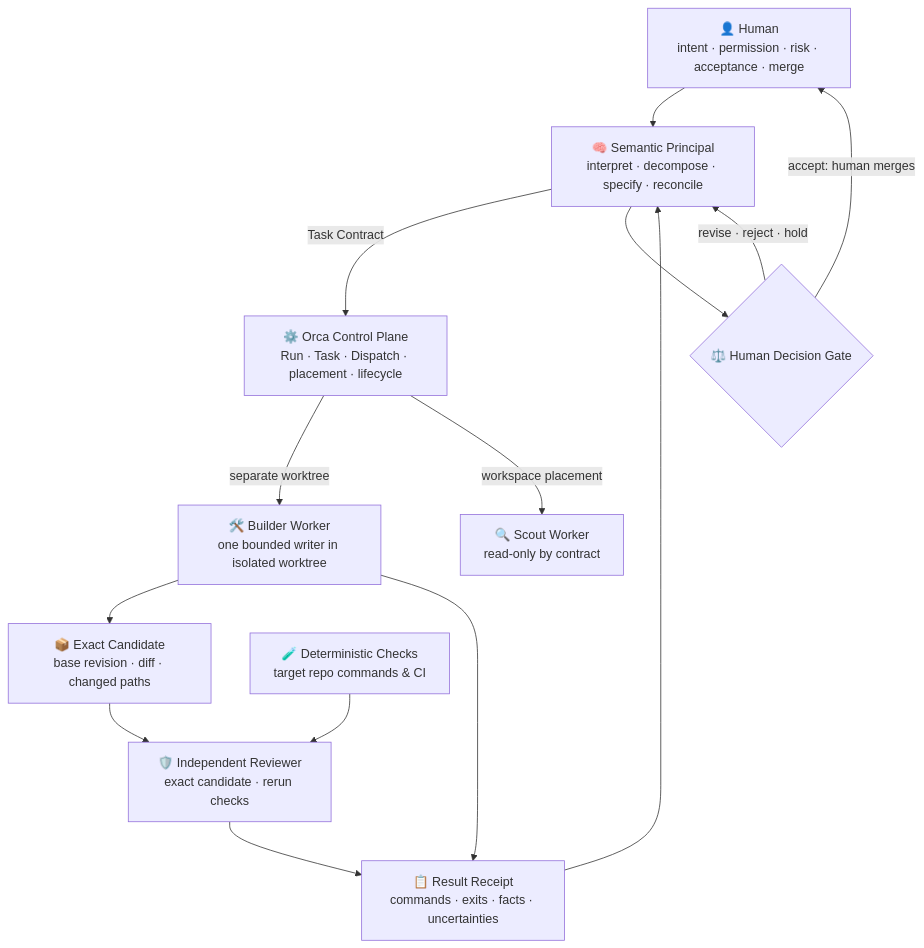
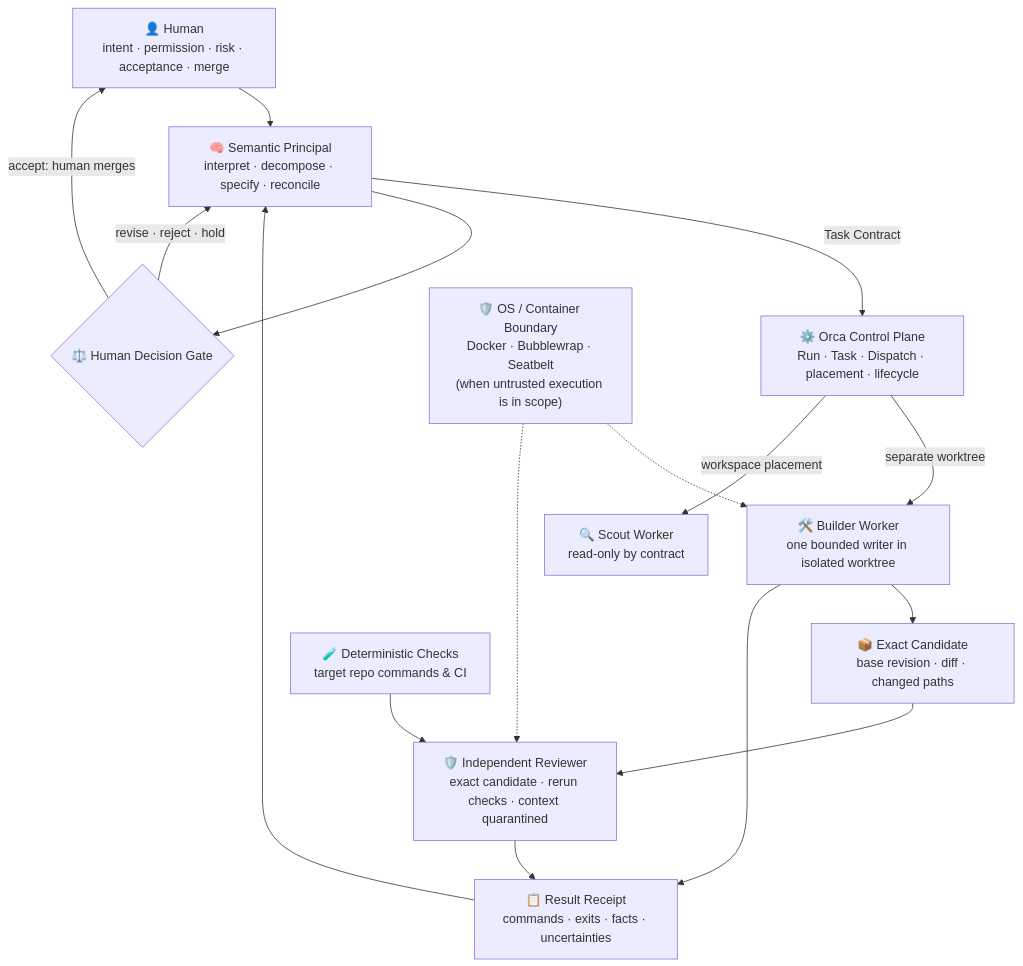
One commit to TomaszGonczar/omega-zero changed the diagram in README.md. Above: the diagram before and after it, drawn with Mermaid. The commit also changed other lines of this file and 4 other files, not shown here.

````diff
--- a/README.md
+++ b/README.md
@@ -33,27 +34,30 @@
 ```mermaid
 flowchart TB
     H["👤 Human<br/>intent · permission · risk · acceptance · merge"]
     P["🧠 Semantic Principal<br/>interpret · decompose · specify · reconcile"]
     O["⚙️ Orca Control Plane<br/>Run · Task · Dispatch · placement · lifecycle"]
     B["🛠️ Builder Worker<br/>one bounded writer in isolated worktree"]
     S["🔍 Scout Worker<br/>read-only by contract"]
     G["📦 Exact Candidate<br/>base revision · diff · changed paths"]
-    R["🛡️ Independent Reviewer<br/>exact candidate · rerun checks"]
+    R["🛡️ Independent Reviewer<br/>exact candidate · rerun checks · context quarantined"]
     E["🧪 Deterministic Checks<br/>target repo commands & CI"]
     REC["📋 Result Receipt<br/>commands · exits · facts · uncertainties"]
     D{"⚖️ Human Decision Gate"}
 
     H --> P
     P -->|"Task Contract"| O
     O -->|"separate worktree"| B
     O -->|"workspace placement"| S
     B --> G
     G --> R
     E --> R
     R --> REC
     B --> REC
     REC --> P
     P --> D
     D -->|"accept: human merges"| H
     D -->|"revise · reject · hold"| P
+
+    X["🛡️ OS / Container Boundary<br/>Docker · Bubblewrap · Seatbelt<br/>(when untrusted execution is in scope)"] -.-> B
+    X -.-> R
 ```
````
